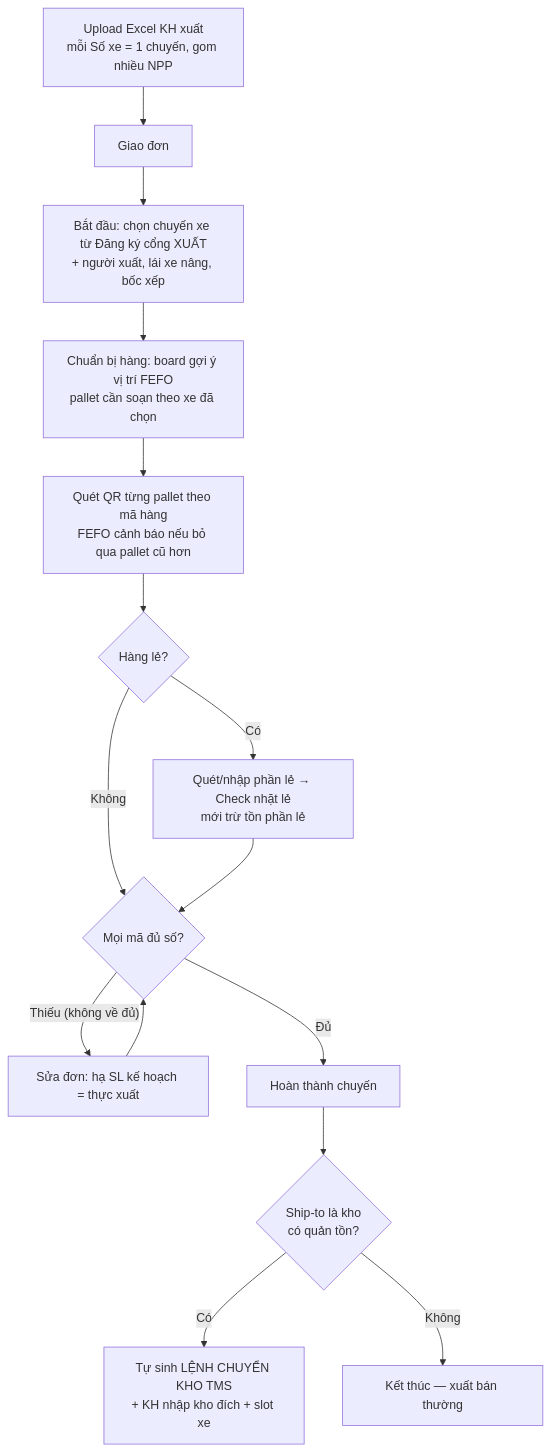
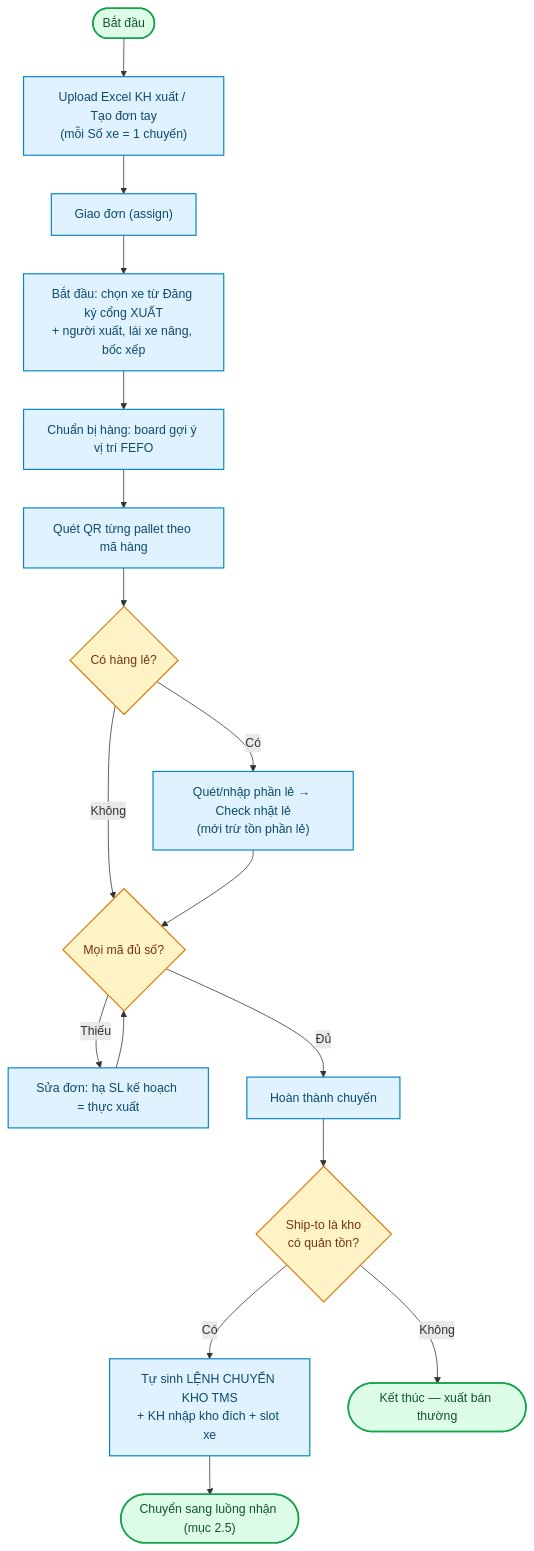
One commit to vietnamese2212/wms-webapp changed the fifth of 14 diagrams in docs/handover/02-workflow-nghiep-vu.md. Above: the diagram before and after it, drawn with Mermaid. The commit also changed other lines of this file and 19 other files, not shown here.

First line of the commit message:
docs(handover): workflow chuan flowchart + anh form co danh so thu tu + xuat PDF

````diff
--- a/docs/handover/02-workflow-nghiep-vu.md
+++ b/docs/handover/02-workflow-nghiep-vu.md
@@ -86,17 +101,22 @@
 ```mermaid
 flowchart TD
-    A[Upload Excel KH xuất\nmỗi Số xe = 1 chuyến, gom nhiều NPP] --> B[Giao đơn]
-    B --> C[Bắt đầu: chọn chuyến xe từ Đăng ký cổng XUẤT\n+ người xuất, lái xe nâng, bốc xếp]
-    C --> D[Chuẩn bị hàng: board gợi ý vị trí FEFO\npallet cần soạn theo xe đã chọn]
-    D --> E[Quét QR từng pallet theo mã hàng\nFEFO cảnh báo nếu bỏ qua pallet cũ hơn]
-    E --> F{Hàng lẻ?}
-    F -- Có --> G[Quét/nhập phần lẻ → Check nhặt lẻ\nmới trừ tồn phần lẻ]
-    F -- Không --> H
-    G --> H{Mọi mã đủ số?}
-    H -- "Thiếu (không về đủ)" --> I[Sửa đơn: hạ SL kế hoạch = thực xuất]
+    S(["Bắt đầu"]):::startend --> A["Upload Excel KH xuất / Tạo đơn tay\n(mỗi Số xe = 1 chuyến)"]:::action
+    A --> B["Giao đơn (assign)"]:::action
+    B --> C["Bắt đầu: chọn xe từ Đăng ký cổng XUẤT\n+ người xuất, lái xe nâng, bốc xếp"]:::action
+    C --> D["Chuẩn bị hàng: board gợi ý vị trí FEFO"]:::action
+    D --> E["Quét QR từng pallet theo mã hàng"]:::action
+    E --> F{"Có hàng lẻ?"}:::decision
+    F -->|Có| G["Quét/nhập phần lẻ → Check nhặt lẻ\n(mới trừ tồn phần lẻ)"]:::action
+    F -->|Không| H
+    G --> H{"Mọi mã đủ số?"}:::decision
+    H -->|"Thiếu"| I["Sửa đơn: hạ SL kế hoạch = thực xuất"]:::action
     I --> H
-    H -- Đủ --> J[Hoàn thành chuyến]
-    J --> K{Ship-to là kho\ncó quản tồn?}
-    K -- Có --> L[Tự sinh LỆNH CHUYỂN KHO TMS\n+ KH nhập kho đích + slot xe]
-    K -- Không --> M[Kết thúc — xuất bán thường]
+    H -->|Đủ| J["Hoàn thành chuyến"]:::action
+    J --> K{"Ship-to là kho\ncó quản tồn?"}:::decision
+    K -->|Có| L["Tự sinh LỆNH CHUYỂN KHO TMS\n+ KH nhập kho đích + slot xe"]:::action
+    K -->|Không| M(["Kết thúc — xuất bán thường"]):::startend
+    L --> N(["Chuyển sang luồng nhận (mục 2.5)"]):::startend
+    classDef startend fill:#dcfce7,stroke:#16a34a,stroke-width:2px,color:#14532d
+    classDef action fill:#e0f2fe,stroke:#0284c7,stroke-width:1.5px,color:#0c4a6e
+    classDef decision fill:#fef3c7,stroke:#d97706,stroke-width:1.5px,color:#78350f
 ```
````
